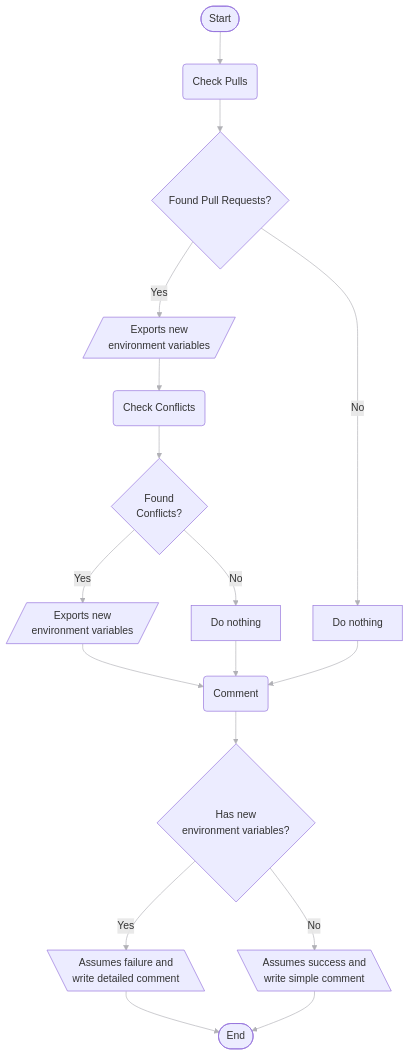
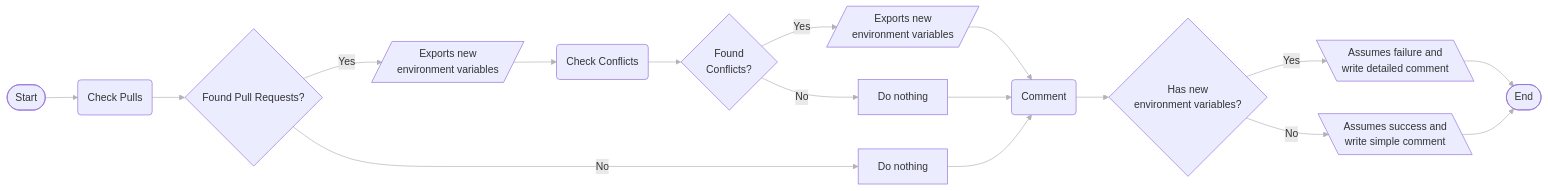
One commit to playsrc/pr-tracker changed the diagram in README.md. Above: the diagram before and after it, drawn with Mermaid. The commit also changed other lines of this file and 2 other files, not shown here.

````diff
--- a/README.md
+++ b/README.md
@@ -77,35 +129,35 @@
 ```mermaid
-flowchart TD
+flowchart LR
 	737386("Check Pulls") --> 885552{"Found Pull Requests?"}
 	linkStyle 0 stroke:#b1b1b6
 	885552 -->|"Yes"| 147358[/"Exports new \nenvironment <span>variables</span>"/]
 	linkStyle 1 stroke:#b1b1b6
 	885552 -->|"No"| 301196["Do nothing"]
 	linkStyle 2 stroke:#b1b1b6
 	147358 --> 170819("Check Conflicts")
 	linkStyle 3 stroke:#b1b1b6
 	170819 --> 120741{"Found \nConflicts?"}
 	linkStyle 4 stroke:#b1b1b6
 	120741 -->|"Yes"| 860237[/"Exports new \nenvironment variables"/]
 	linkStyle 5 stroke:#b1b1b6
 	120741 -->|"No"| 611854["Do nothing"]
 	linkStyle 6 stroke:#b1b1b6
 	860237 --> 343045("Comment")
 	linkStyle 7 stroke:#b1b1b6
 	349329{"Has new \nenvironment variables?"} -->|"Yes"| 299642[\"Assumes failure and\n<span>write detailed comment</span>"\]
 	linkStyle 8 stroke:#b1b1b6
 	349329 -->|"No"| 463077[\"Assumes success <span>and</span>\n<span>write </span><span>simple comment</span>"\]
 	linkStyle 9 stroke:#b1b1b6
 	299642 --> 264246(["End"])
 	linkStyle 10 stroke:#b1b1b6
 	463077 --> 264246
 	linkStyle 11 stroke:#b1b1b6
 	343045 --> 349329
 	linkStyle 12 stroke:#b1b1b6
 	907594(["Start"]) --> 737386
 	linkStyle 13 stroke:#b1b1b6
 	301196 --> 343045
 	linkStyle 14 stroke:#b1b1b6
 	611854 --> 343045
 	linkStyle 15 stroke:#b1b1b6
 ```
````
